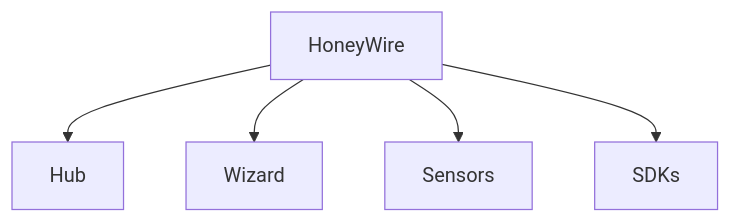
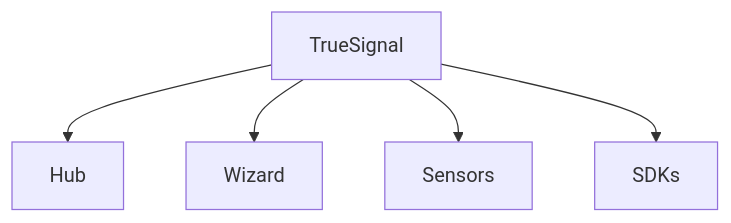
One commit to mahmoudahmed3132/TrueSignal changed the first of 7 diagrams in Docs/architecture/README.md. Above: the diagram before and after it, drawn with Mermaid. The commit also changed other lines of this file and 181 other files, not shown here.

First line of the commit message:
Rebrand HoneyWire to TrueSignal

````diff
--- a/Docs/architecture/README.md
+++ b/Docs/architecture/README.md
@@ -20,7 +20,7 @@
 ```mermaid
 graph TD
-    HW[HoneyWire] --> Hub
-    HW --> Wizard
-    HW --> Sensors
-    HW --> SDKs
+    TS[TrueSignal] --> Hub
+    TS --> Wizard
+    TS --> Sensors
+    TS --> SDKs
 ```
````
